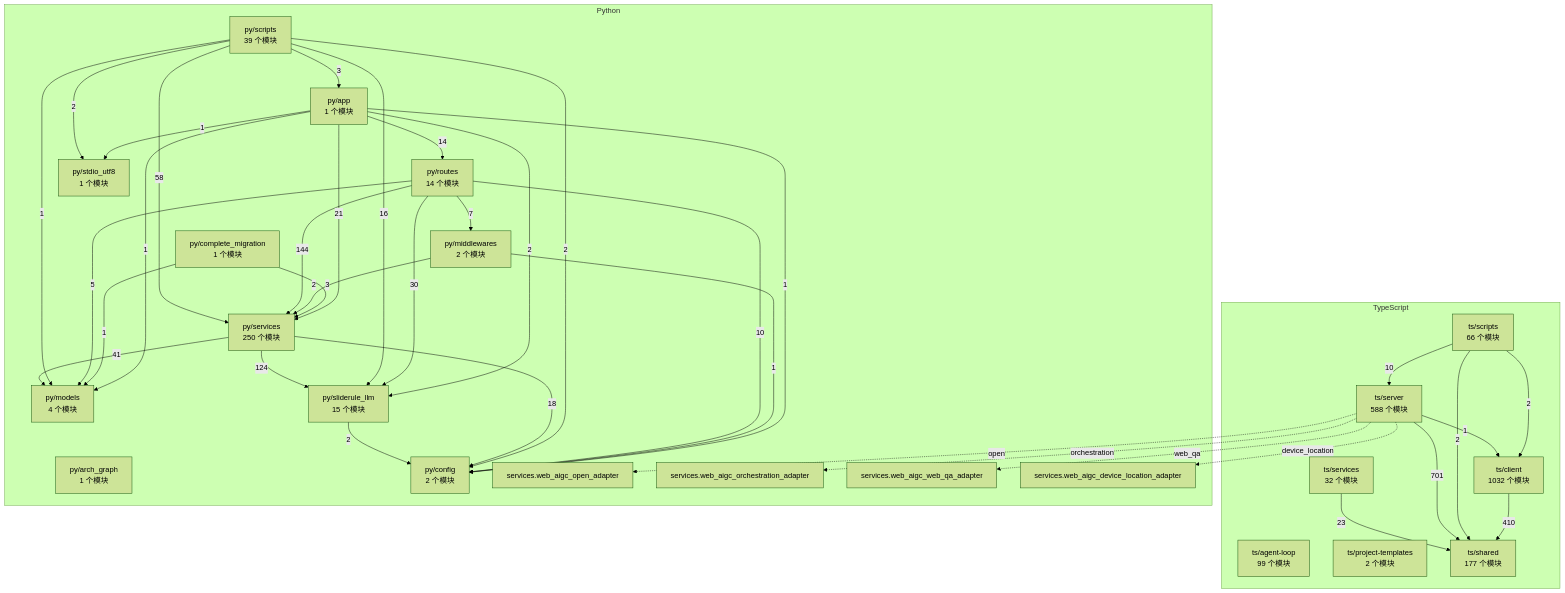
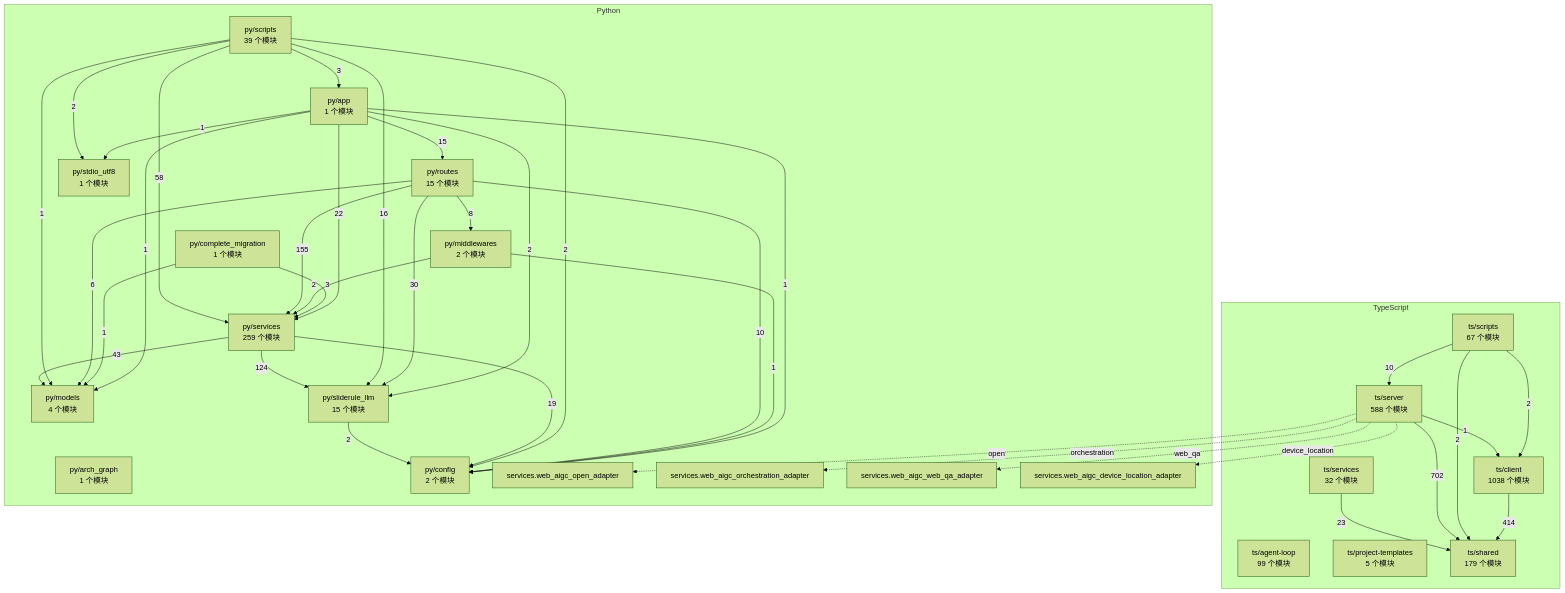
Before and after one commit to 2686521696/WhyBuddy: the diagram in docs/WhyBuddy 全仓架构图（自动生成）.md, drawn with Mermaid (forest theme). The commit also changed 107 other files, not shown here.

````diff
--- a/docs/WhyBuddy 全仓架构图（自动生成）.md
+++ b/docs/WhyBuddy 全仓架构图（自动生成）.md
@@ -14,65 +14,65 @@
 ```mermaid
 flowchart TB
   subgraph ts [TypeScript]
     ts_agent_loop["ts/agent-loop<br/>99 个模块"]
-    ts_client["ts/client<br/>1032 个模块"]
-    ts_project_templates["ts/project-templates<br/>2 个模块"]
-    ts_scripts["ts/scripts<br/>66 个模块"]
+    ts_client["ts/client<br/>1038 个模块"]
+    ts_project_templates["ts/project-templates<br/>5 个模块"]
+    ts_scripts["ts/scripts<br/>67 个模块"]
     ts_server["ts/server<br/>588 个模块"]
     ts_services["ts/services<br/>32 个模块"]
-    ts_shared["ts/shared<br/>177 个模块"]
+    ts_shared["ts/shared<br/>179 个模块"]
   end
   subgraph py [Python]
     py_app["py/app<br/>1 个模块"]
     py_arch_graph["py/arch_graph<br/>1 个模块"]
     py_complete_migration["py/complete_migration<br/>1 个模块"]
     py_config["py/config<br/>2 个模块"]
     py_middlewares["py/middlewares<br/>2 个模块"]
     py_models["py/models<br/>4 个模块"]
-    py_routes["py/routes<br/>14 个模块"]
+    py_routes["py/routes<br/>15 个模块"]
     py_scripts["py/scripts<br/>39 个模块"]
-    py_services["py/services<br/>250 个模块"]
+    py_services["py/services<br/>259 个模块"]
     py_sliderule_llm["py/sliderule_llm<br/>15 个模块"]
     py_stdio_utf8["py/stdio_utf8<br/>1 个模块"]
     py_services_web_aigc_open_adapter["services.web_aigc_open_adapter"]
     py_services_web_aigc_orchestration_adapter["services.web_aigc_orchestration_adapter"]
     py_services_web_aigc_web_qa_adapter["services.web_aigc_web_qa_adapter"]
     py_services_web_aigc_device_location_adapter["services.web_aigc_device_location_adapter"]
   end
-  ts_client -->|410| ts_shared
+  ts_client -->|414| ts_shared
   ts_scripts -->|2| ts_client
   ts_scripts -->|10| ts_server
   ts_scripts -->|2| ts_shared
   ts_server -->|1| ts_client
-  ts_server -->|701| ts_shared
+  ts_server -->|702| ts_shared
   ts_services -->|23| ts_shared
   py_app -->|1| py_config
   py_app -->|1| py_models
-  py_app -->|14| py_routes
-  py_app -->|21| py_services
+  py_app -->|15| py_routes
+  py_app -->|22| py_services
   py_app -->|2| py_sliderule_llm
   py_app -->|1| py_stdio_utf8
   py_complete_migration -->|1| py_models
   py_complete_migration -->|3| py_services
   py_middlewares -->|1| py_config
   py_middlewares -->|2| py_services
   py_routes -->|10| py_config
-  py_routes -->|7| py_middlewares
-  py_routes -->|5| py_models
-  py_routes -->|144| py_services
+  py_routes -->|8| py_middlewares
+  py_routes -->|6| py_models
+  py_routes -->|155| py_services
   py_routes -->|30| py_sliderule_llm
   py_scripts -->|3| py_app
   py_scripts -->|2| py_config
   py_scripts -->|1| py_models
   py_scripts -->|58| py_services
   py_scripts -->|16| py_sliderule_llm
   py_scripts -->|2| py_stdio_utf8
-  py_services -->|18| py_config
-  py_services -->|41| py_models
+  py_services -->|19| py_config
+  py_services -->|43| py_models
   py_services -->|124| py_sliderule_llm
   py_sliderule_llm -->|2| py_config
   ts_server -.->|open| py_services_web_aigc_open_adapter
   ts_server -.->|orchestration| py_services_web_aigc_orchestration_adapter
   ts_server -.->|web_qa| py_services_web_aigc_web_qa_adapter
   ts_server -.->|device_location| py_services_web_aigc_device_location_adapter
 ```
````
